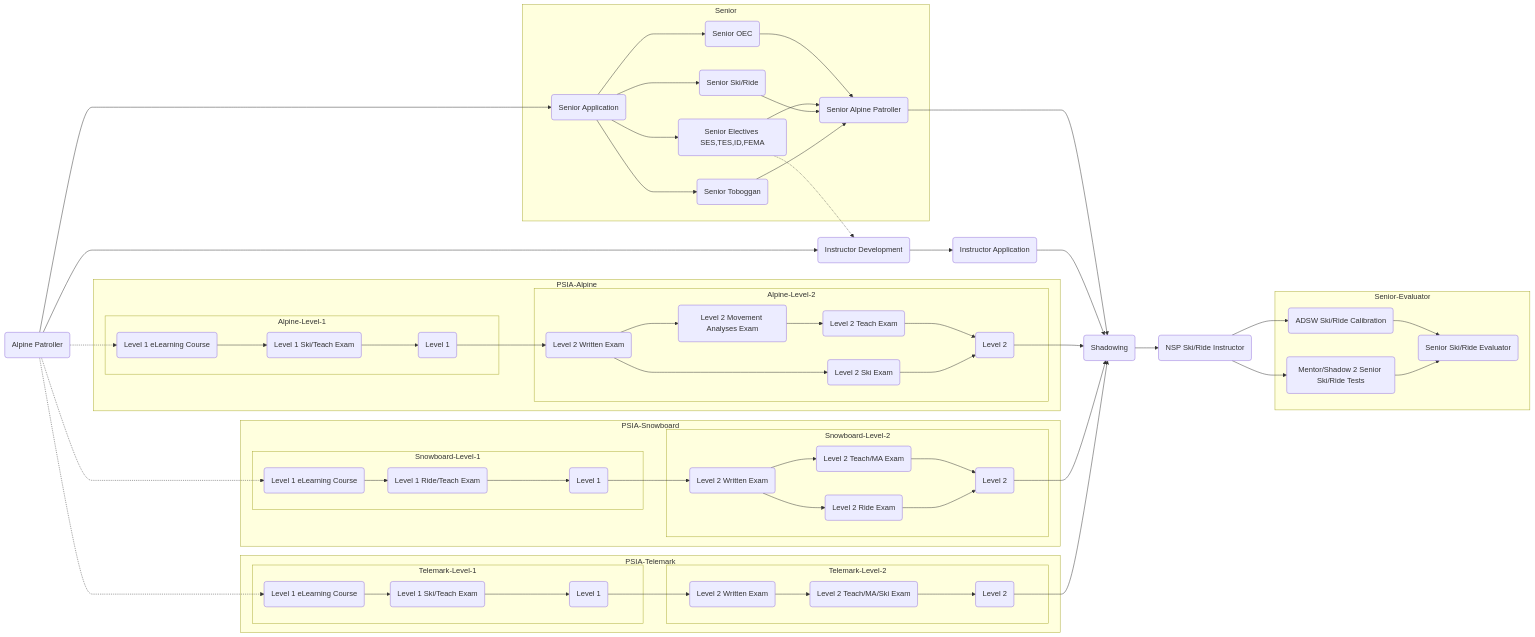
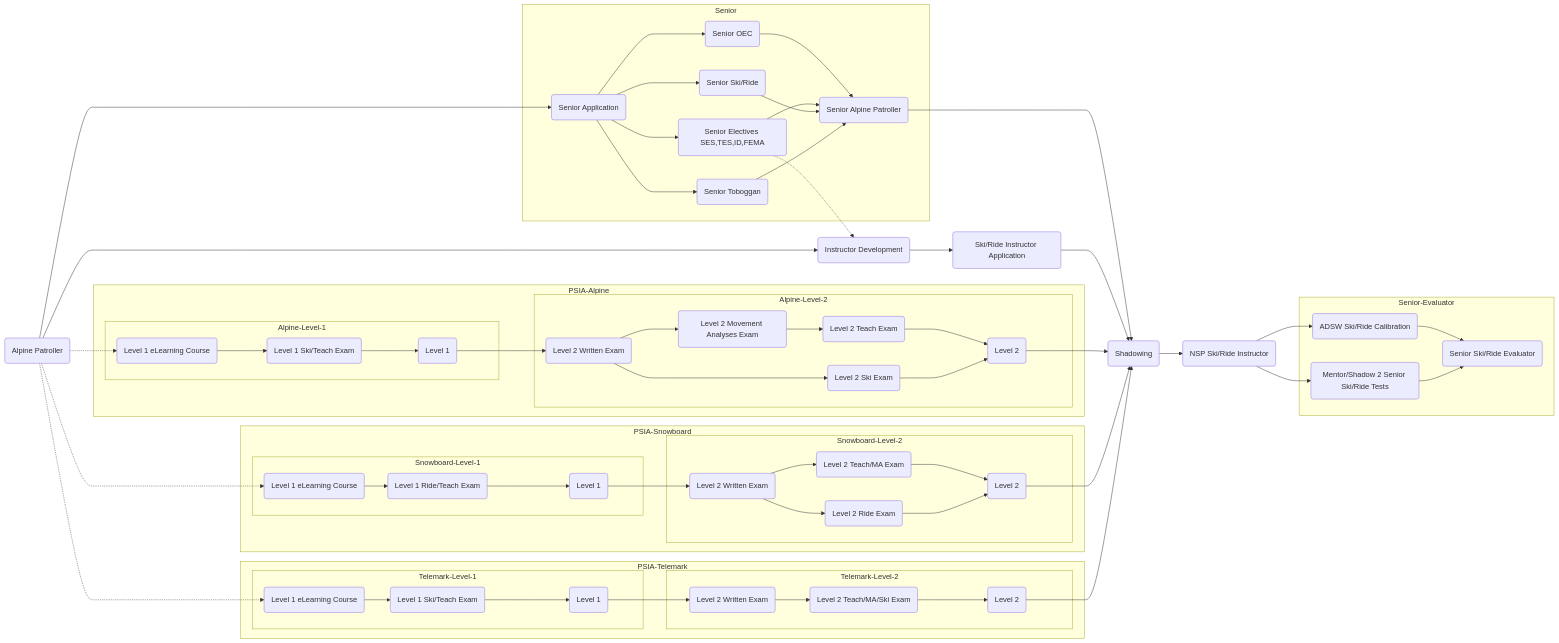
Before and after one commit to brookpatten/nsp-ohio-instructor-path: the diagram in README.md, drawn with Mermaid.

````diff
--- a/README.md
+++ b/README.md
@@ -1,76 +1,76 @@
 ```mermaid
   flowchart LR;
       AP(Alpine Patroller) --> SPA(Senior Application);
       subgraph Senior
       SPA --> SOEC(Senior OEC);
       SPA --> SE(Senior Electives SES,TES,ID,FEMA);
       SPA --> SR(Senior Ski/Ride);
       SPA --> ST(Senior Toboggan);
       SOEC --> SP(Senior Alpine Patroller);
       SE --> SP;
       SR --> SP;
       ST --> SP;
       end
       SE -.-> ID;
       SP --> M;
       AP --> ID(Instructor Development);
-      ID --> IA(Instructor Application);
+      ID --> IA(Ski/Ride Instructor Application);
       IA --> M(Shadowing);
       M --> SRI(NSP Ski/Ride Instructor);
       
       subgraph PSIA-Alpine
       subgraph Alpine-Level-1
       L1W(Level 1 eLearning Course) --> L1E(Level 1 Ski/Teach Exam);
       L1E --> L1C(Level 1);
       end
       L1C --> L2W;
       subgraph Alpine-Level-2
       L2W(Level 2 Written Exam) --> L2MA(Level 2 Movement Analyses Exam);
       L2MA --> L2T(Level 2 Teach Exam);
       L2W --> L2S(Level 2 Ski Exam);
       L2T --> L2C(Level 2);
       L2S --> L2C;
       end
       end
       
       subgraph PSIA-Snowboard
       subgraph Snowboard-Level-1
       BL1W(Level 1 eLearning Course) --> BL1E(Level 1 Ride/Teach Exam);
       BL1E --> BL1C(Level 1);
       end
       BL1C --> BL2W;
       subgraph Snowboard-Level-2
       BL2W(Level 2 Written Exam) --> BL2T(Level 2 Teach/MA Exam);
       BL2W --> BL2S(Level 2 Ride Exam);
       BL2T --> BL2C(Level 2);
       BL2S --> BL2C;
       end
       end
 
       subgraph PSIA-Telemark
       subgraph Telemark-Level-1
       TL1W(Level 1 eLearning Course) --> TL1E(Level 1 Ski/Teach Exam);
       TL1E --> TL1C(Level 1);
       end
       TL1C --> TL2W;
       subgraph Telemark-Level-2
       TL2W(Level 2 Written Exam) --> TL2T(Level 2 Teach/MA/Ski Exam);
       TL2T --> TL2C(Level 2);
       end
       end
       
       
       L2C --> M;
       BL2C --> M;
       TL2C --> M;
       AP -.-> L1W;
       AP -.-> BL1W;
       AP -.-> TL1W;
 
       SRI --> ADSW(ADSW Ski/Ride Calibration);
       SRI --> SH(Mentor/Shadow 2 Senior Ski/Ride Tests);
       subgraph Senior-Evaluator
       ADSW --> SS(Senior Ski/Ride Evaluator);
       SH --> SS;
       end
 ```
````
